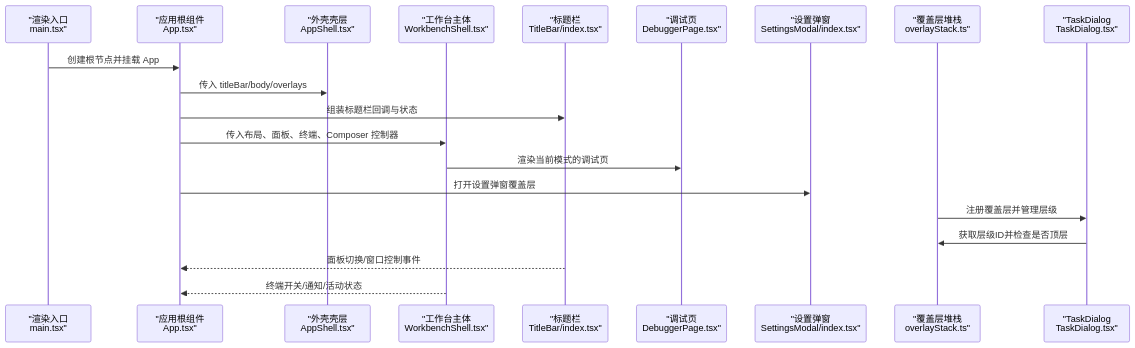
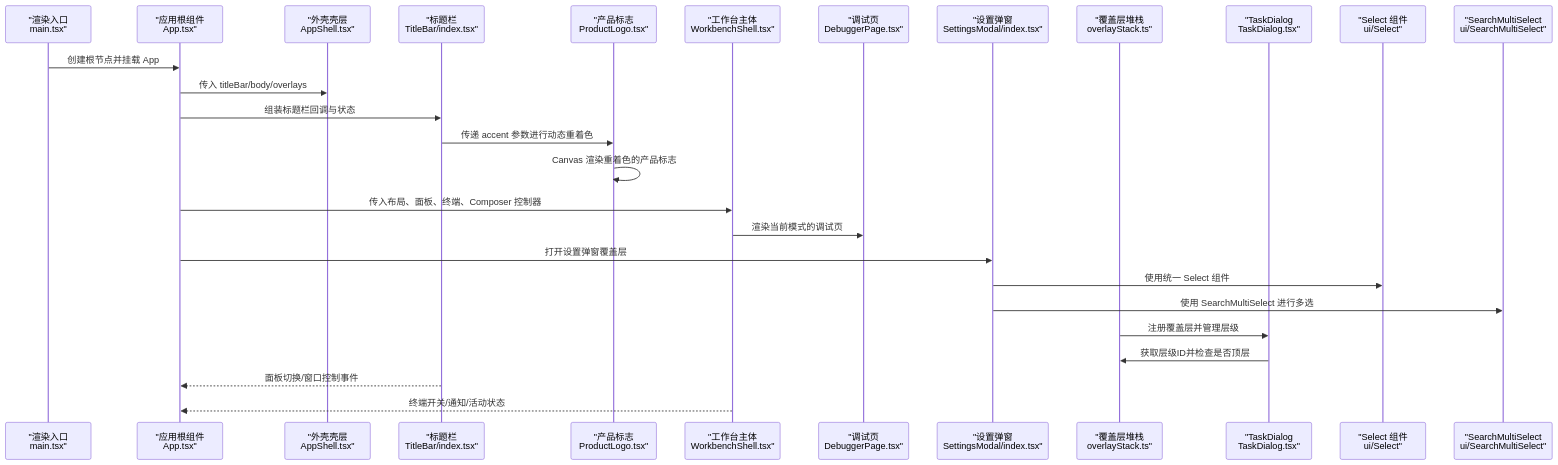
Before and after one commit to haolange/RDC-Agent: the second of 11 diagrams in .qoder/repowiki/zh/content/用户界面/用户界面.md, drawn with Mermaid. The commit also changed other lines of this file and 80 other files, not shown here.

````diff
--- a/.qoder/repowiki/zh/content/用户界面/用户界面.md
+++ b/.qoder/repowiki/zh/content/用户界面/用户界面.md
@@ -119,22 +146,29 @@
 ```mermaid
 sequenceDiagram
 participant M as "渲染入口<br/>main.tsx"
 participant A as "应用根组件<br/>App.tsx"
 participant S as "外壳壳层<br/>AppShell.tsx"
+participant T as "标题栏<br/>TitleBar/index.tsx"
+participant PL as "产品标志<br/>ProductLogo.tsx"
 participant W as "工作台主体<br/>WorkbenchShell.tsx"
-participant T as "标题栏<br/>TitleBar/index.tsx"
 participant P as "调试页<br/>DebuggerPage.tsx"
 participant ST as "设置弹窗<br/>SettingsModal/index.tsx"
 participant OS as "覆盖层堆栈<br/>overlayStack.ts"
 participant TD as "TaskDialog<br/>TaskDialog.tsx"
+participant SEL as "Select 组件<br/>ui/Select"
+participant SMS as "SearchMultiSelect<br/>ui/SearchMultiSelect"
 M->>A : 创建根节点并挂载 App
 A->>S : 传入 titleBar/body/overlays
 A->>T : 组装标题栏回调与状态
+T->>PL : 传递 accent 参数进行动态重着色
+PL->>PL : Canvas 渲染重着色的产品标志
 A->>W : 传入布局、面板、终端、Composer 控制器
 W->>P : 渲染当前模式的调试页
 A->>ST : 打开设置弹窗覆盖层
+ST->>SEL : 使用统一 Select 组件
+ST->>SMS : 使用 SearchMultiSelect 进行多选
 OS->>TD : 注册覆盖层并管理层级
 TD->>OS : 获取层级ID并检查是否顶层
 T-->>A : 面板切换/窗口控制事件
 W-->>A : 终端开关/通知/活动状态
 ```
````
